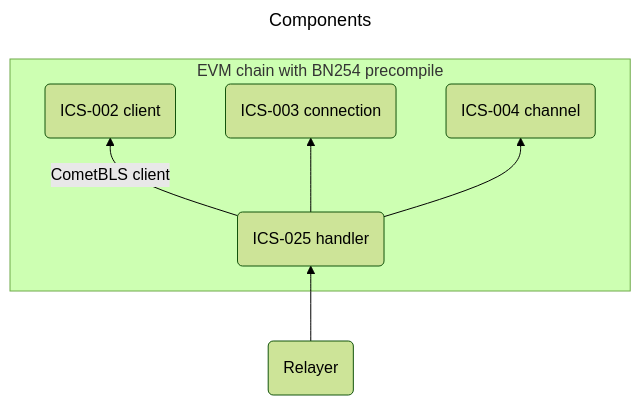
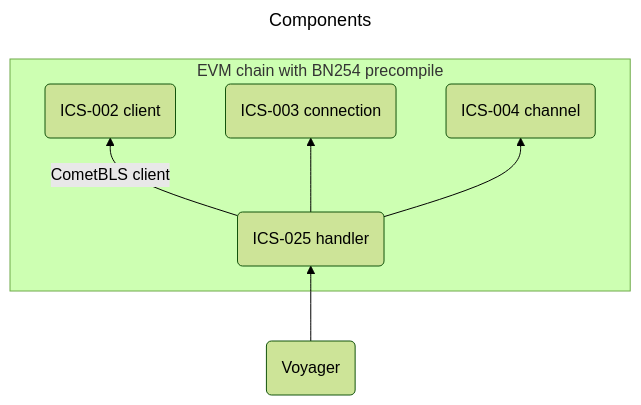
One commit to unionlabs/union changed the first of 2 diagrams in evm/ARCHITECTURE.md. Above: the diagram before and after it, drawn with Mermaid (forest theme). The commit also changed other lines of this file and 24 other files, not shown here.

Commit message:
feat!: rename relayer to voyager

````diff
--- a/evm/ARCHITECTURE.md
+++ b/evm/ARCHITECTURE.md
@@ -5,20 +5,20 @@
 ```mermaid
 ---
 title: Components
 ---
 flowchart BT
-    relayer(Relayer)
+    voyager(Voyager)
 
     subgraph EVM chain with BN254 precompile
         client(ICS-002 client)
         connection(ICS-003 connection)
         channel(ICS-004 channel)
         handler(ICS-025 handler)
     end
 
     handler -- CometBLS client --> client
     handler --> connection
     handler --> channel
-    relayer --> handler
+    voyager --> handler
 
 ```
````
